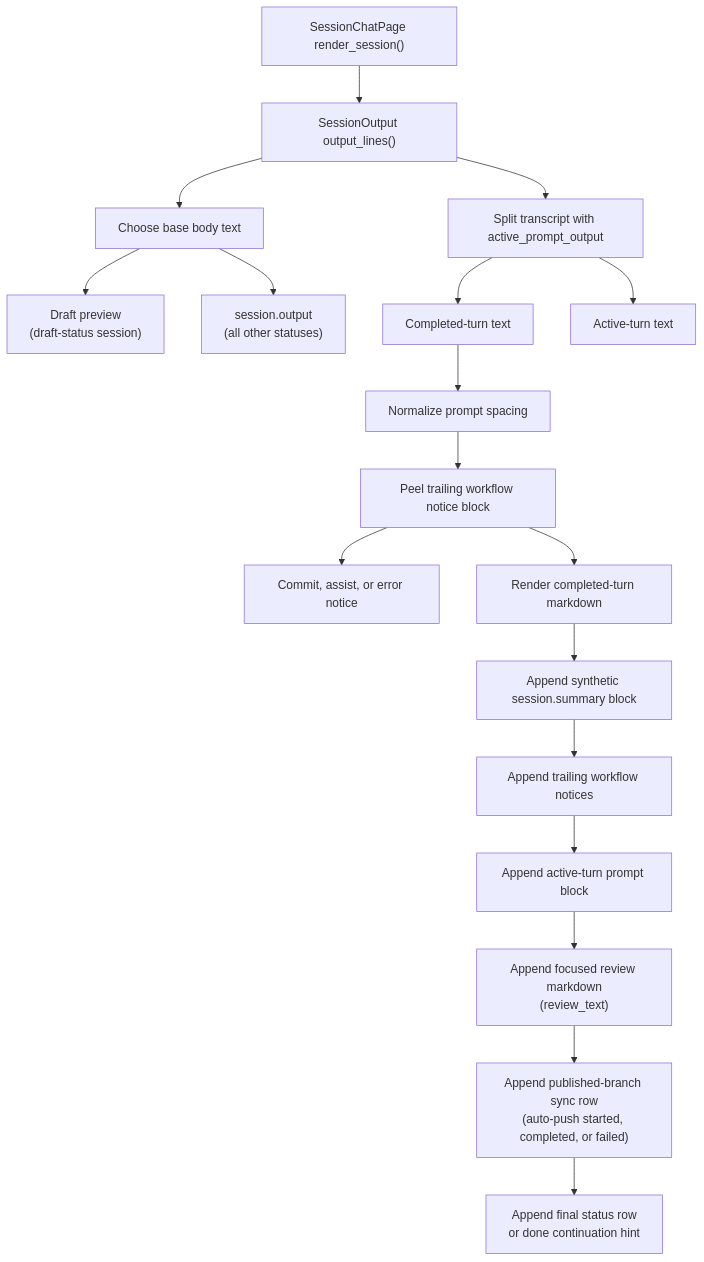
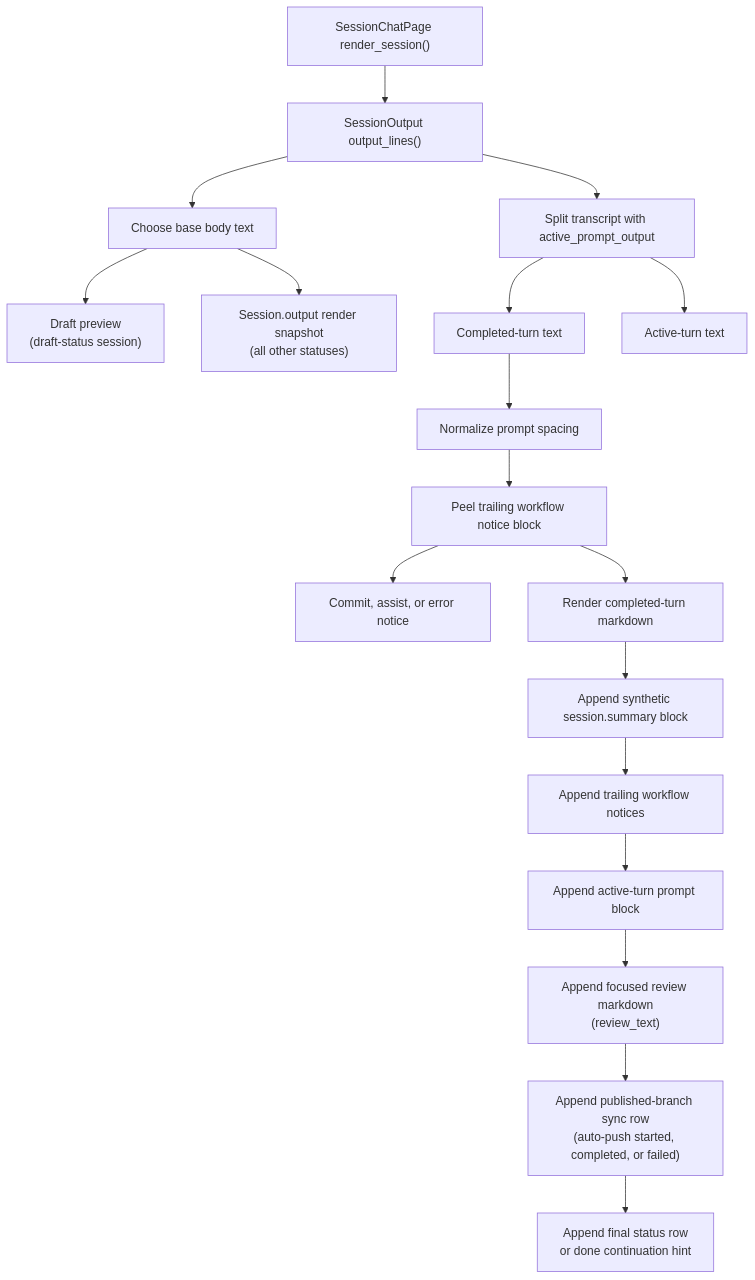
One commit to agentty-xyz/agentty changed the second of 4 diagrams in docs/site/content/docs/architecture/runtime-flow.md. Above: the diagram before and after it, drawn with Mermaid. The commit also changed other lines of this file and 10 other files, not shown here.

First line of the commit message:
Session messages store the durable transcript (#82)

````diff
--- a/docs/site/content/docs/architecture/runtime-flow.md
+++ b/docs/site/content/docs/architecture/runtime-flow.md
@@ -231,30 +232,30 @@
 ```mermaid
 flowchart TD
   render["SessionChatPage render_session()"]
   lines["SessionOutput output_lines()"]
   render --> lines
 
   base["Choose base body text"]
   lines --> base
   base --> draft["Draft preview<br/>(draft-status session)"]
-  base --> transcript["session.output<br/>(all other statuses)"]
+  base --> transcript["Session.output render snapshot<br/>(all other statuses)"]
 
   split["Split transcript with active_prompt_output"]
   completed["Completed-turn text"]
   active["Active-turn text"]
   lines --> split
   split --> completed
   split --> active
 
   completed --> spacing["Normalize prompt spacing"]
   spacing --> footer_split["Peel trailing workflow notice block"]
   footer_split --> footer_kind["Commit, assist, or error notice"]
   footer_split --> completed_md["Render completed-turn markdown"]
 
   completed_md --> summary["Append synthetic session.summary block"]
   summary --> footer["Append trailing workflow notices"]
   footer --> active_prompt["Append active-turn prompt block"]
   active_prompt --> review["Append focused review markdown<br/>(review_text)"]
   review --> branch_sync["Append published-branch sync row<br/>(auto-push started, completed, or failed)"]
   branch_sync --> final_row["Append final status row<br/>or done continuation hint"]
 ```
````
